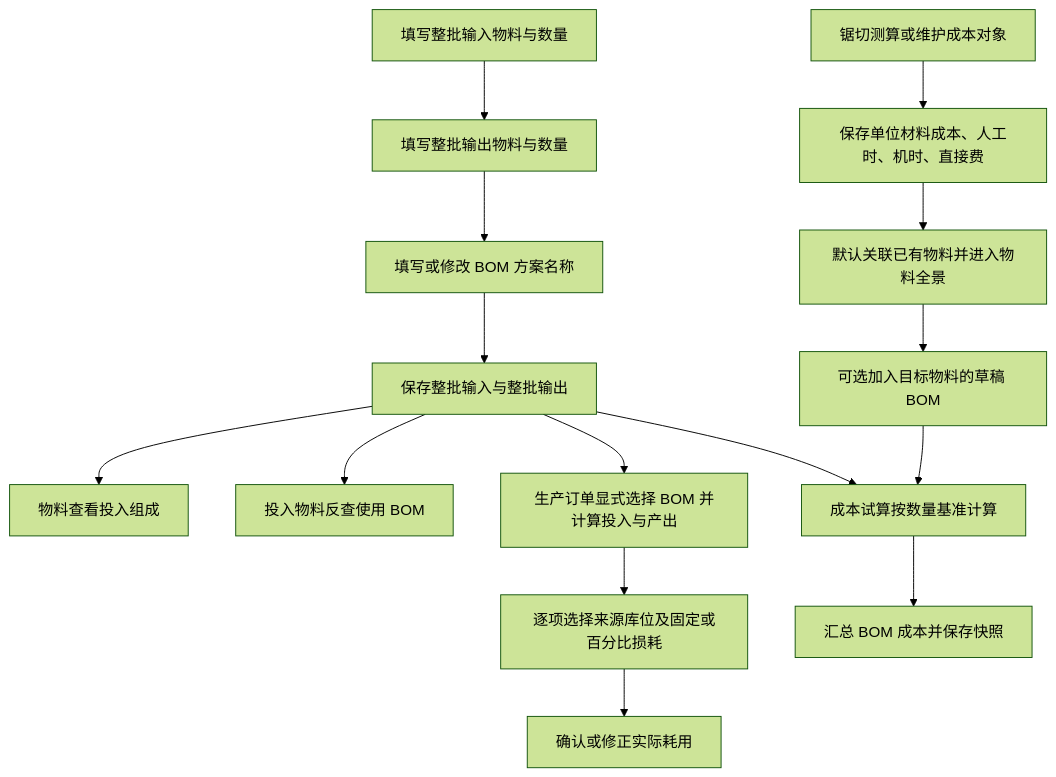
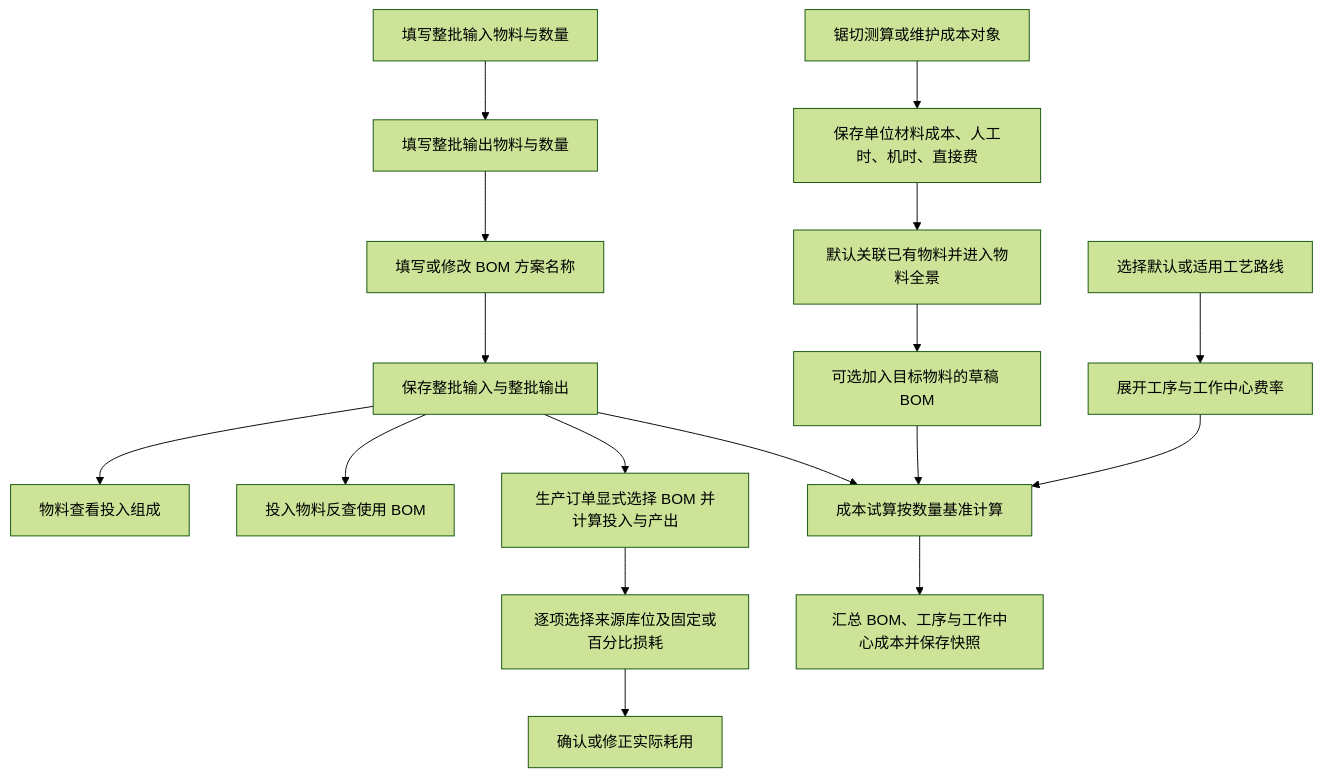
Before and after one commit to goldf2/mes-lite: diagram 14 of 18 in docs/minierp/system-function-flow.md, drawn with Mermaid (forest theme). The commit also changed other lines of this file and 20 other files, not shown here.

````diff
--- a/docs/minierp/system-function-flow.md
+++ b/docs/minierp/system-function-flow.md
@@ -497,17 +497,19 @@
 ```mermaid
 flowchart TD
   A["填写整批输入物料与数量"] --> B["填写整批输出物料与数量"]
   B --> V["填写或修改 BOM 方案名称"]
   V --> D["保存整批输入与整批输出"]
   D --> E["物料查看投入组成"]
   D --> F["投入物料反查使用 BOM"]
   D --> G["成本试算按数量基准计算"]
   D --> P["生产订单显式选择 BOM 并计算投入与产出"]
   P --> L["逐项选择来源库位及固定或百分比损耗"]
   L --> M["确认或修正实际耗用"]
   H["锯切测算或维护成本对象"] --> I["保存单位材料成本、人工时、机时、直接费"]
   I --> IA["默认关联已有物料并进入物料全景"]
   IA --> J["可选加入目标物料的草稿 BOM"]
   J --> G
-  G --> K["汇总 BOM 成本并保存快照"]
+  R["选择默认或适用工艺路线"] --> S["展开工序与工作中心费率"]
+  S --> G
+  G --> K["汇总 BOM、工序与工作中心成本并保存快照"]
 ```
````
